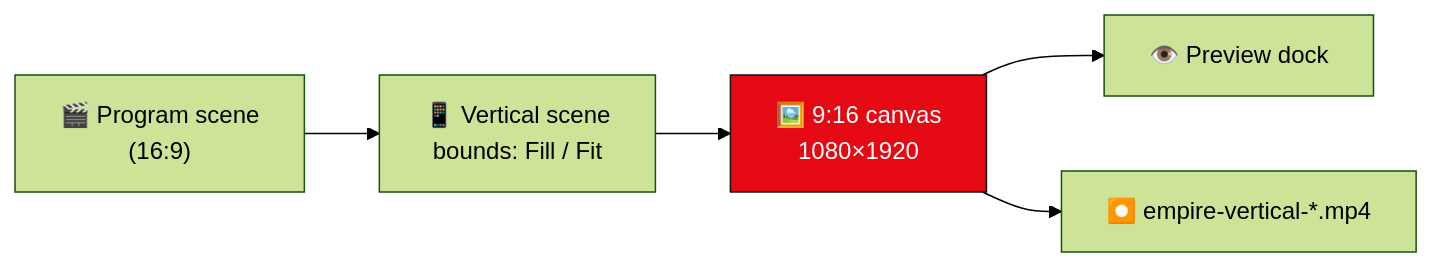
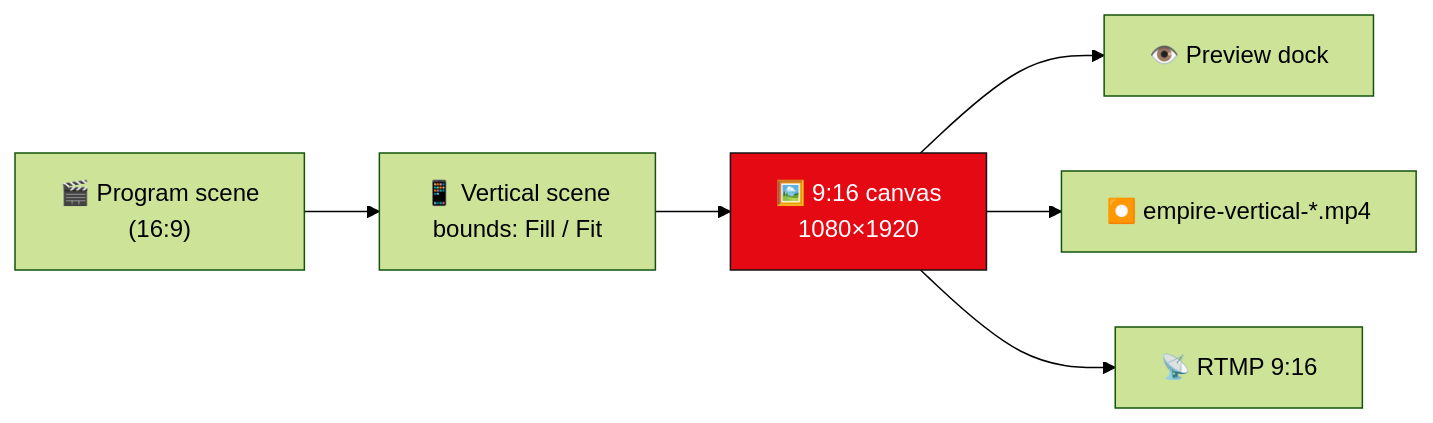
One commit to Gh0s777tt/empire-OBS changed the diagram in wiki/Vertical.md. Above: the diagram before and after it, drawn with Mermaid (forest theme). The commit also changed other lines of this file and 1 other file, not shown here.

Commit message:
docs: vertical RTMP streaming - changelog v0.5.2 (Update #008) + wiki

````diff
--- a/wiki/Vertical.md
+++ b/wiki/Vertical.md
@@ -41,9 +51,10 @@
 ```mermaid
 flowchart LR
     PROG["🎬 Program scene<br/>(16:9)"] --> VS["📱 Vertical scene<br/>bounds: Fill / Fit"]
     VS --> VC["🖼️ 9:16 canvas<br/>1080×1920"]
     VC --> PREV["👁️ Preview dock"]
     VC --> REC["⏺️ empire-vertical-*.mp4"]
+    VC --> LIVE["📡 RTMP 9:16"]
     classDef red fill:#E50914,stroke:#141414,color:#fff;
     class VC red;
 ```
````
